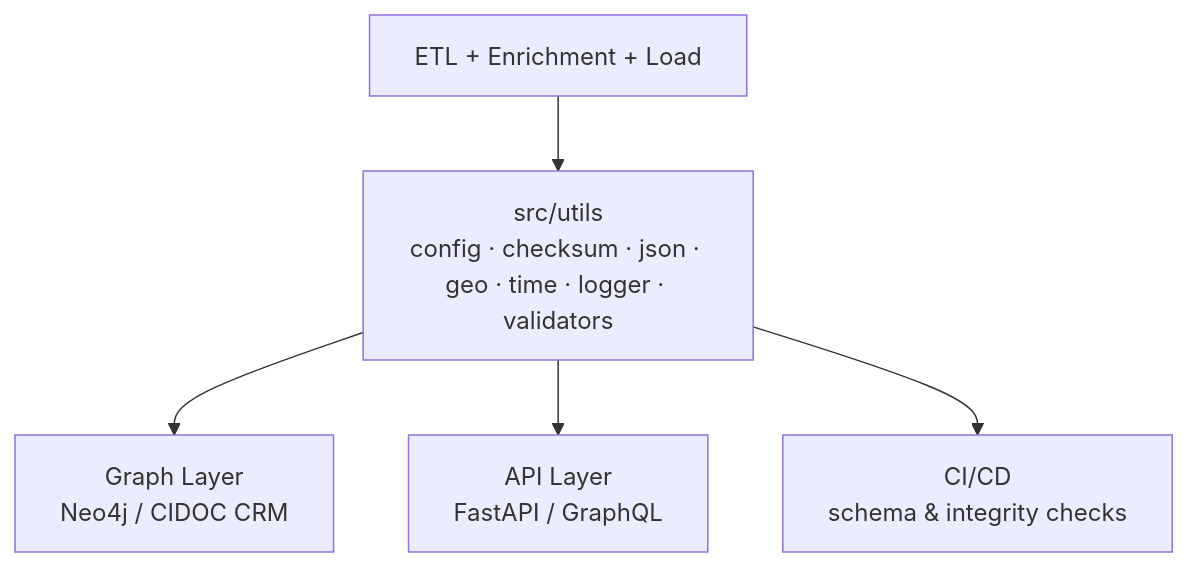
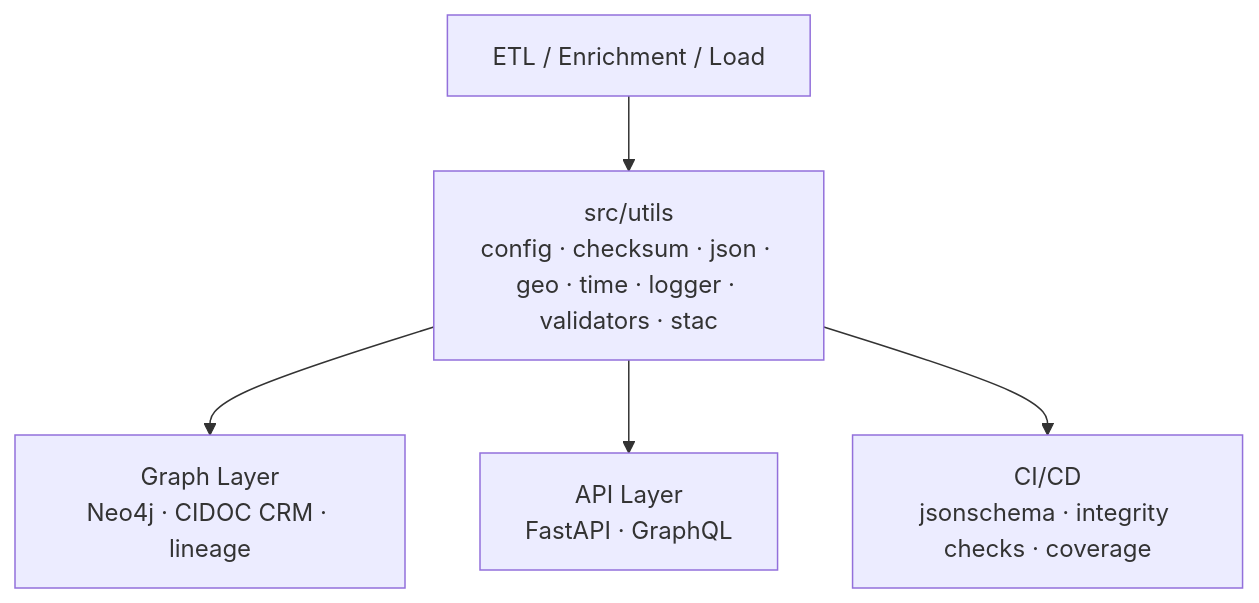
One commit to bartytime4life/Kansas-Frontier-Matrix changed the diagram in src/utils/README.md. Above: the diagram before and after it, drawn with Mermaid. The commit also changed other lines of this file, not shown here.

````diff
--- a/src/utils/README.md
+++ b/src/utils/README.md
@@ -45,7 +49,7 @@
 ```mermaid
 flowchart TD
-    A["ETL + Enrichment + Load"] --> U["src/utils<br/>config · checksum · json · geo · time · logger · validators"]
-    U --> G["Graph Layer<br/>Neo4j / CIDOC CRM"]
-    U --> API["API Layer<br/>FastAPI / GraphQL"]
-    U --> CI["CI/CD<br/>schema & integrity checks"]
+  A["ETL / Enrichment / Load"] --> U["src/utils<br/>config · checksum · json · geo · time · logger · validators · stac"]
+  U --> G["Graph Layer<br/>Neo4j · CIDOC CRM · lineage"]
+  U --> API["API Layer<br/>FastAPI · GraphQL"]
+  U --> CI["CI/CD<br/>jsonschema · integrity checks · coverage"]
 ```
````
